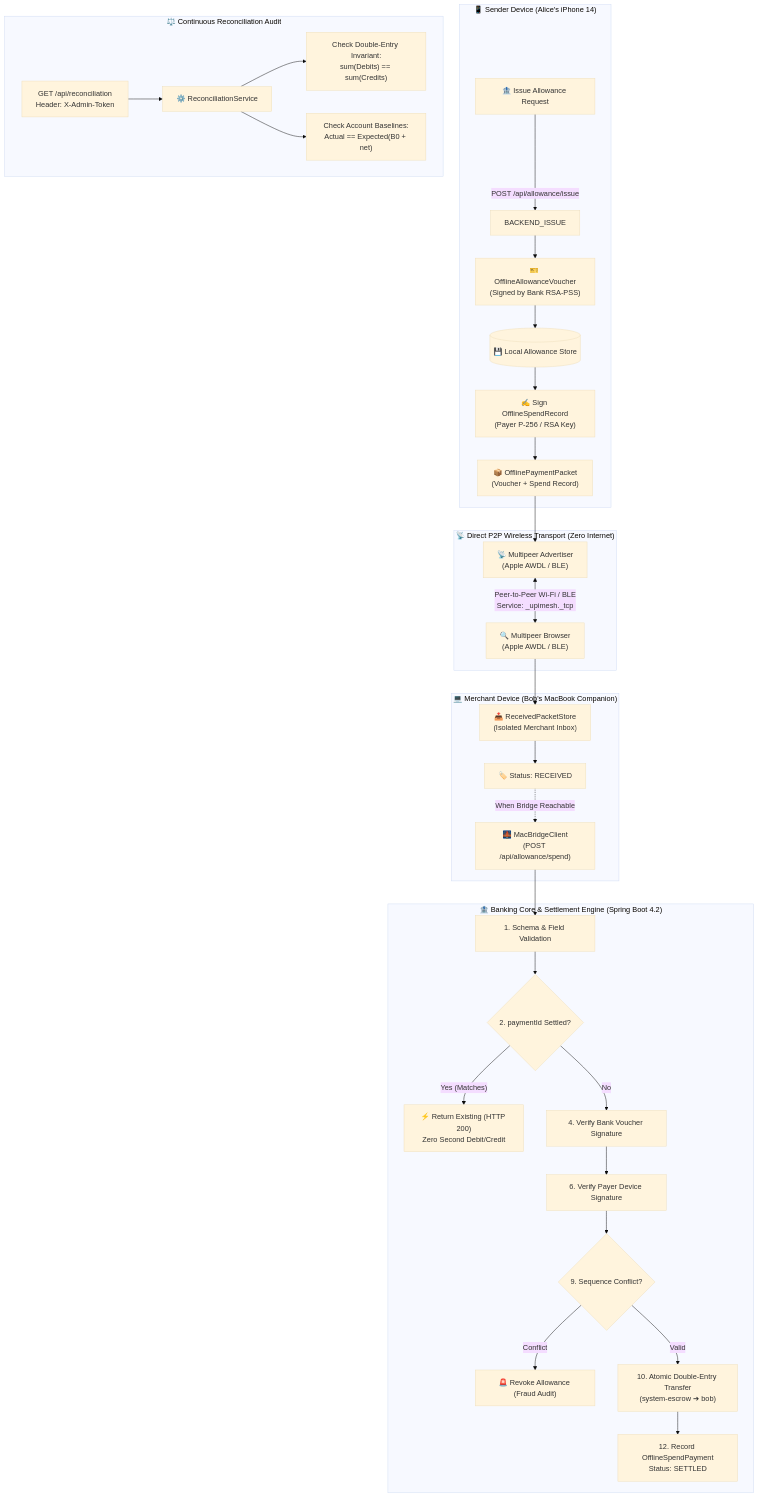
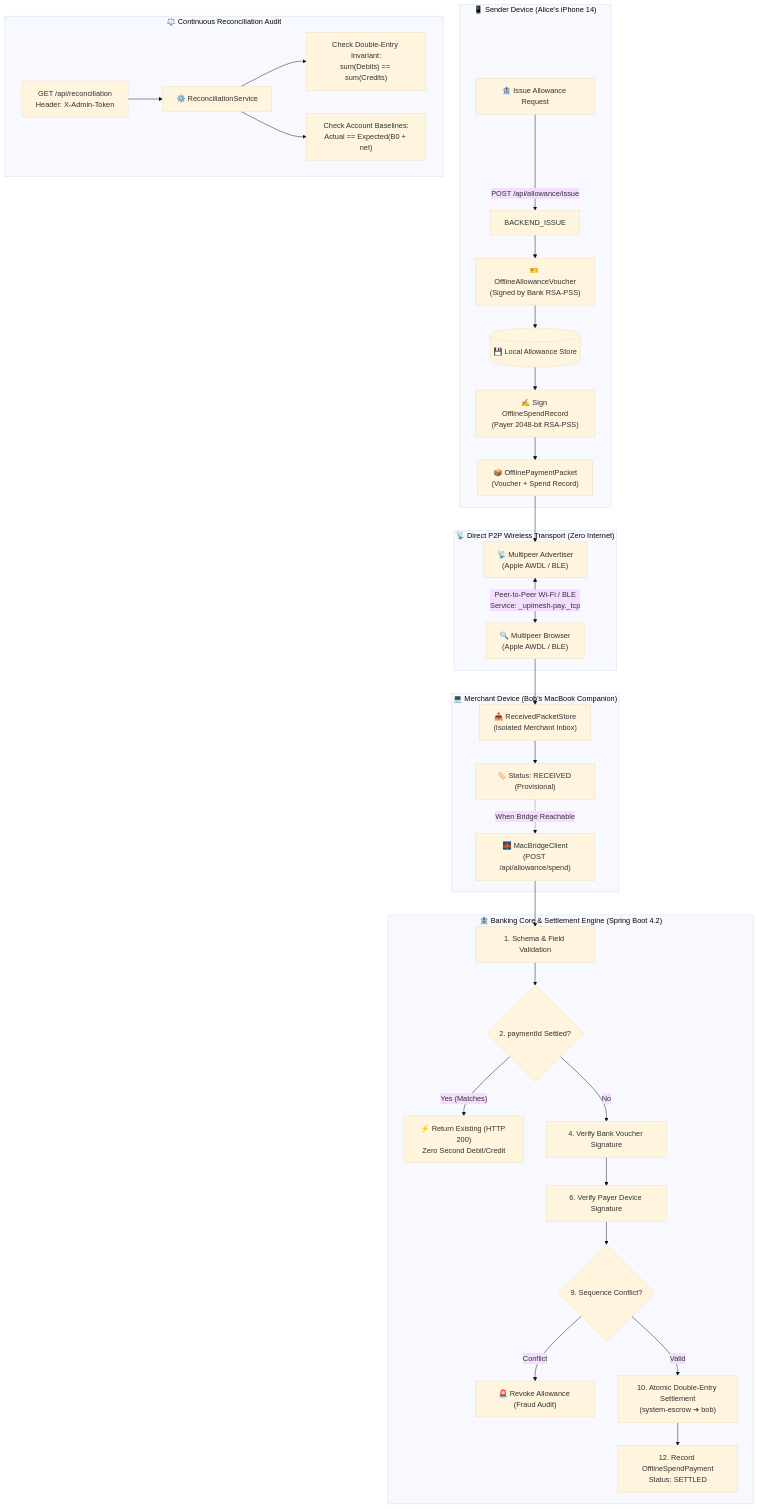
One commit to Jarjis-Alam/upimesh changed the first of 2 diagrams in README.md. Above: the diagram before and after it, drawn with Mermaid (base theme). The commit also changed other lines of this file and 2 other files, not shown here.

````diff
--- a/README.md
+++ b/README.md
@@ -99,40 +110,40 @@
 ```mermaid
 flowchart TD
     subgraph Payer["📱 Sender Device (Alice's iPhone 14)"]
         ALW_INIT["🏦 Issue Allowance Request"] -->|POST /api/allowance/issue| BACKEND_ISSUE
         BACKEND_ISSUE --> VOUCHER["🎫 OfflineAllowanceVoucher<br/>(Signed by Bank RSA-PSS)"]
         VOUCHER --> ALW_STORE[("💾 Local Allowance Store")]
         
-        ALW_STORE --> SPEND_BUILD["✍️ Sign OfflineSpendRecord<br/>(Payer P-256 / RSA Key)"]
+        ALW_STORE --> SPEND_BUILD["✍️ Sign OfflineSpendRecord<br/>(Payer 2048-bit RSA-PSS)"]
         SPEND_BUILD --> PKT_OUT["📦 OfflinePaymentPacket<br/>(Voucher + Spend Record)"]
     end
 
     subgraph Wireless["📡 Direct P2P Wireless Transport (Zero Internet)"]
         PKT_OUT --> ADV["📡 Multipeer Advertiser<br/>(Apple AWDL / BLE)"]
-        ADV <-->|Peer-to-Peer Wi-Fi / BLE<br/>Service: _upimesh._tcp| BROWSE["🔍 Multipeer Browser<br/>(Apple AWDL / BLE)"]
+        ADV <-->|Peer-to-Peer Wi-Fi / BLE<br/>Service: _upimesh-pay._tcp| BROWSE["🔍 Multipeer Browser<br/>(Apple AWDL / BLE)"]
     end
 
     subgraph Receiver["💻 Merchant Device (Bob's MacBook Companion)"]
         BROWSE --> RECV_INBOX["📥 ReceivedPacketStore<br/>(Isolated Merchant Inbox)"]
-        RECV_INBOX --> R_STATE["🏷️ Status: RECEIVED"]
+        RECV_INBOX --> R_STATE["🏷️ Status: RECEIVED (Provisional)"]
         R_STATE -.->|When Bridge Reachable| SUBMIT_BRIDGE["🌉 MacBridgeClient<br/>(POST /api/allowance/spend)"]
     end
 
     subgraph Backend["🏦 Banking Core & Settlement Engine (Spring Boot 4.2)"]
         SUBMIT_BRIDGE --> STEP1["1. Schema & Field Validation"]
         STEP1 --> STEP2{"2. paymentId Settled?"}
         STEP2 -- "Yes (Matches)" --> IDEMP["⚡ Return Existing (HTTP 200)<br/>Zero Second Debit/Credit"]
         STEP2 -- "No" --> STEP4["4. Verify Bank Voucher Signature"]
         STEP4 --> STEP6["6. Verify Payer Device Signature"]
         STEP6 --> STEP9{"9. Sequence Conflict?"}
         STEP9 -- "Conflict" --> REVOKE["🚨 Revoke Allowance (Fraud Audit)"]
-        STEP9 -- "Valid" --> STEP10["10. Atomic Double-Entry Transfer<br/>(system-escrow ➔ bob)"]
+        STEP9 -- "Valid" --> STEP10["10. Atomic Double-Entry Settlement<br/>(system-escrow ➔ bob)"]
         STEP10 --> STEP12["12. Record OfflineSpendPayment<br/>Status: SETTLED"]
     end
 
     subgraph Audit["⚖️ Continuous Reconciliation Audit"]
         AUDIT_REQ["GET /api/reconciliation<br/>Header: X-Admin-Token"] --> RECON_SVC["⚙️ ReconciliationService"]
         RECON_SVC --> CHK_STRUCT["Check Double-Entry Invariant:<br/>sum(Debits) == sum(Credits)"]
         RECON_SVC --> CHK_BAL["Check Account Baselines:<br/>Actual == Expected(B0 + net)"]
     end
 ```
````
